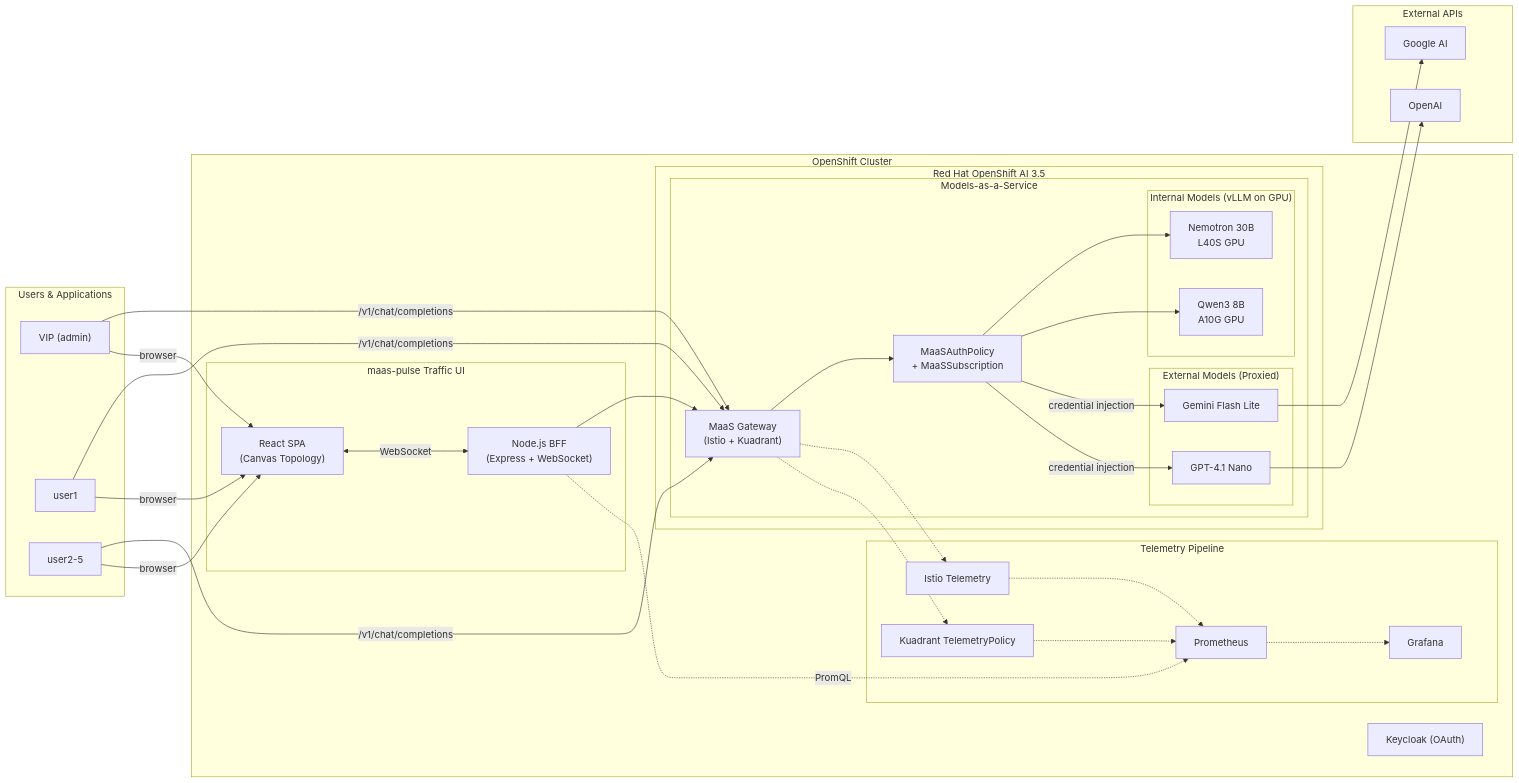
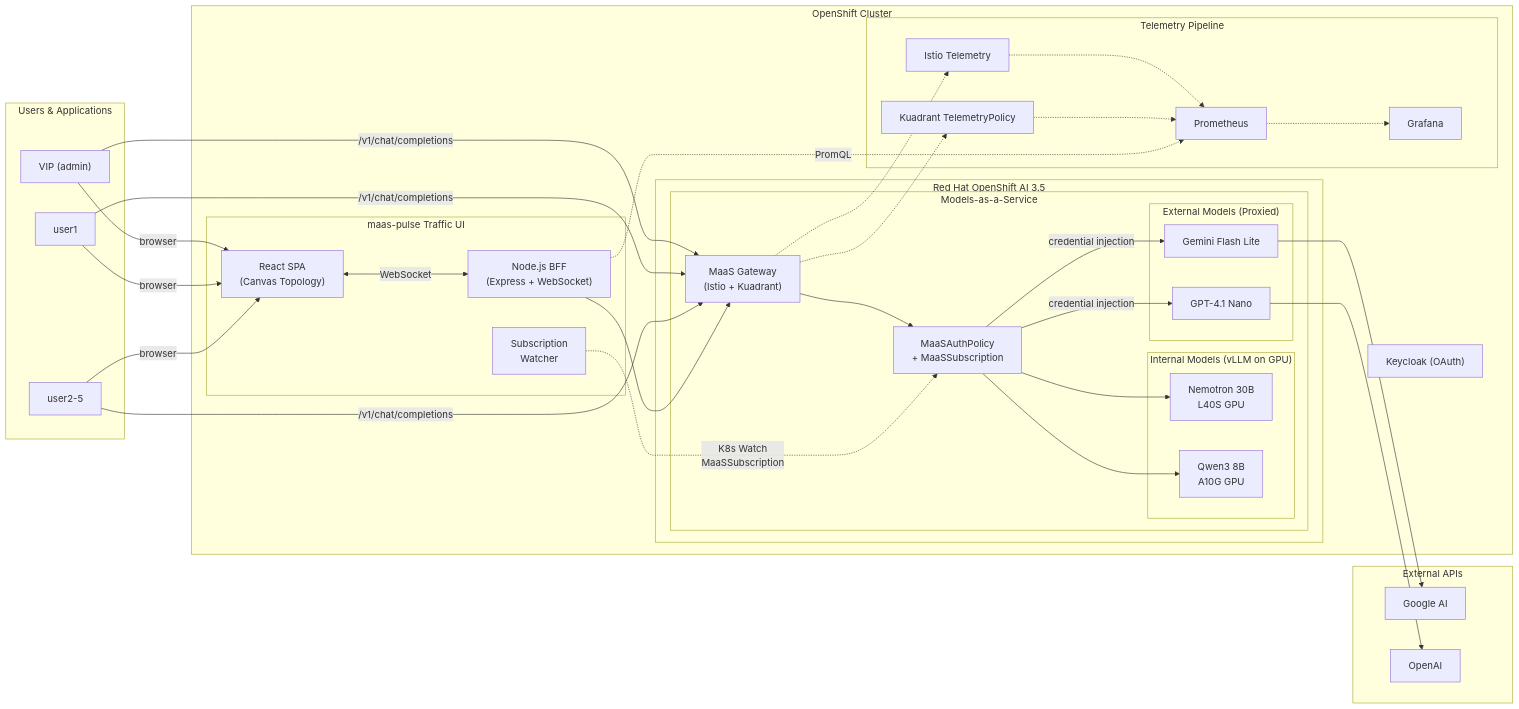
One commit to Sheryl-shiyi/maas-pulse changed the first of 2 diagrams in README.md. Above: the diagram before and after it, drawn with Mermaid. The commit also changed other lines of this file and 14 other files, not shown here.

````diff
--- a/README.md
+++ b/README.md
@@ -47,59 +47,61 @@
 ```mermaid
 graph LR
     subgraph Users["Users & Applications"]
         U1["VIP (admin)"]
         U2["user1"]
         U3["user2-5"]
     end
 
     subgraph OCP["OpenShift Cluster"]
         subgraph RHOAI["Red Hat OpenShift AI 3.5"]
             subgraph MaaS["Models-as-a-Service"]
                 GW["MaaS Gateway<br/>(Istio + Kuadrant)"]
                 AUTH["MaaSAuthPolicy<br/>+ MaaSSubscription"]
                 subgraph InternalModels["Internal Models (vLLM on GPU)"]
                     M1["Nemotron 30B<br/>L40S GPU"]
                     M2["Qwen3 8B<br/>A10G GPU"]
                 end
                 subgraph ExternalModels["External Models (Proxied)"]
                     M3["Gemini Flash Lite"]
                     M4["GPT-4.1 Nano"]
                 end
             end
         end
 
         subgraph Telemetry["Telemetry Pipeline"]
             ISTIO["Istio Telemetry"]
             KTP["Kuadrant TelemetryPolicy"]
             PROM["Prometheus"]
             GRAF["Grafana"]
         end
 
         subgraph TrafficUI["maas-pulse Traffic UI"]
             BFF["Node.js BFF<br/>(Express + WebSocket)"]
             SPA["React SPA<br/>(Canvas Topology)"]
+            WATCH["Subscription<br/>Watcher"]
         end
 
         KC["Keycloak (OAuth)"]
     end
 
     subgraph ExtAPIs["External APIs"]
         GOOGLE["Google AI"]
         OPENAI["OpenAI"]
     end
 
     U1 & U2 & U3 -->|"/v1/chat/completions"| GW
     GW --> AUTH
     AUTH --> M1 & M2
     AUTH -->|"credential injection"| M3 & M4
     M3 --> GOOGLE
     M4 --> OPENAI
 
     GW -.-> ISTIO & KTP
     ISTIO & KTP -.-> PROM -.-> GRAF
 
     BFF --> GW
     BFF -.->|"PromQL"| PROM
+    WATCH -.->|"K8s Watch<br/>MaaSSubscription"| AUTH
     SPA <-->|"WebSocket"| BFF
     U1 & U2 & U3 -->|"browser"| SPA
 ```
````
